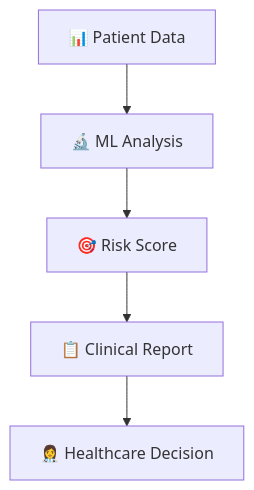
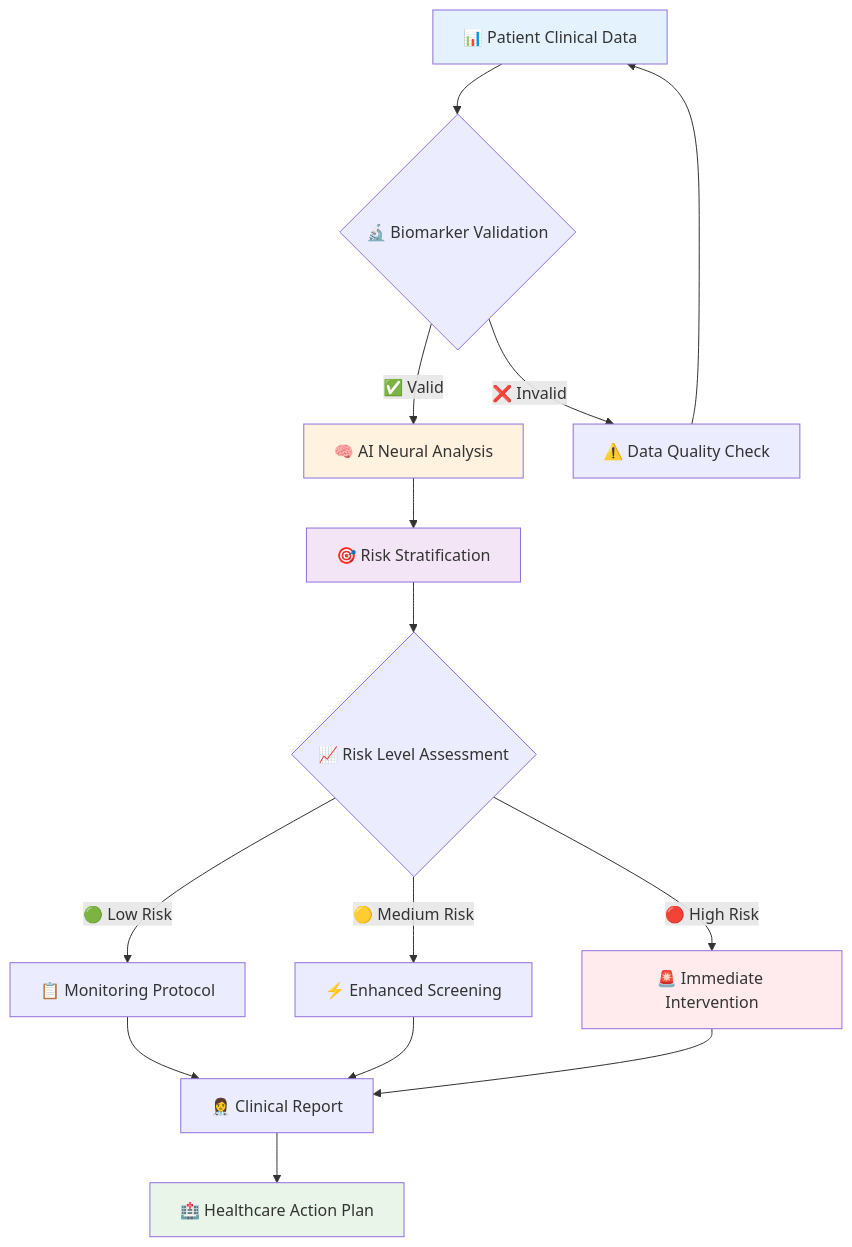
One commit to alam025/diabetes-risk-prediction-ml-healthcare changed the diagram in README.md. Above: the diagram before and after it, drawn with Mermaid. The commit also changed other lines of this file, not shown here.

````diff
--- a/README.md
+++ b/README.md
@@ -47,7 +70,22 @@
 ```mermaid
-graph TD
-    A[📊 Patient Data] --> B[🔬 ML Analysis]
-    B --> C[🎯 Risk Score]
-    C --> D[📋 Clinical Report]
-    D --> E[👩‍⚕️ Healthcare Decision]
+graph TB
+    A[📊 Patient Clinical Data] --> B{🔬 Biomarker Validation}
+    B -->|✅ Valid| C[🧠 AI Neural Analysis]
+    B -->|❌ Invalid| D[⚠️ Data Quality Check]
+    D --> A
+    C --> E[🎯 Risk Stratification]
+    E --> F{📈 Risk Level Assessment}
+    F -->|🟢 Low Risk| G[📋 Monitoring Protocol]
+    F -->|🟡 Medium Risk| H[⚡ Enhanced Screening]
+    F -->|🔴 High Risk| I[🚨 Immediate Intervention]
+    G --> J[👩‍⚕️ Clinical Report]
+    H --> J
+    I --> J
+    J --> K[🏥 Healthcare Action Plan]
+    
+    style A fill:#E3F2FD
+    style C fill:#FFF3E0
+    style E fill:#F3E5F5
+    style I fill:#FFEBEE
+    style K fill:#E8F5E8
 ```
````
